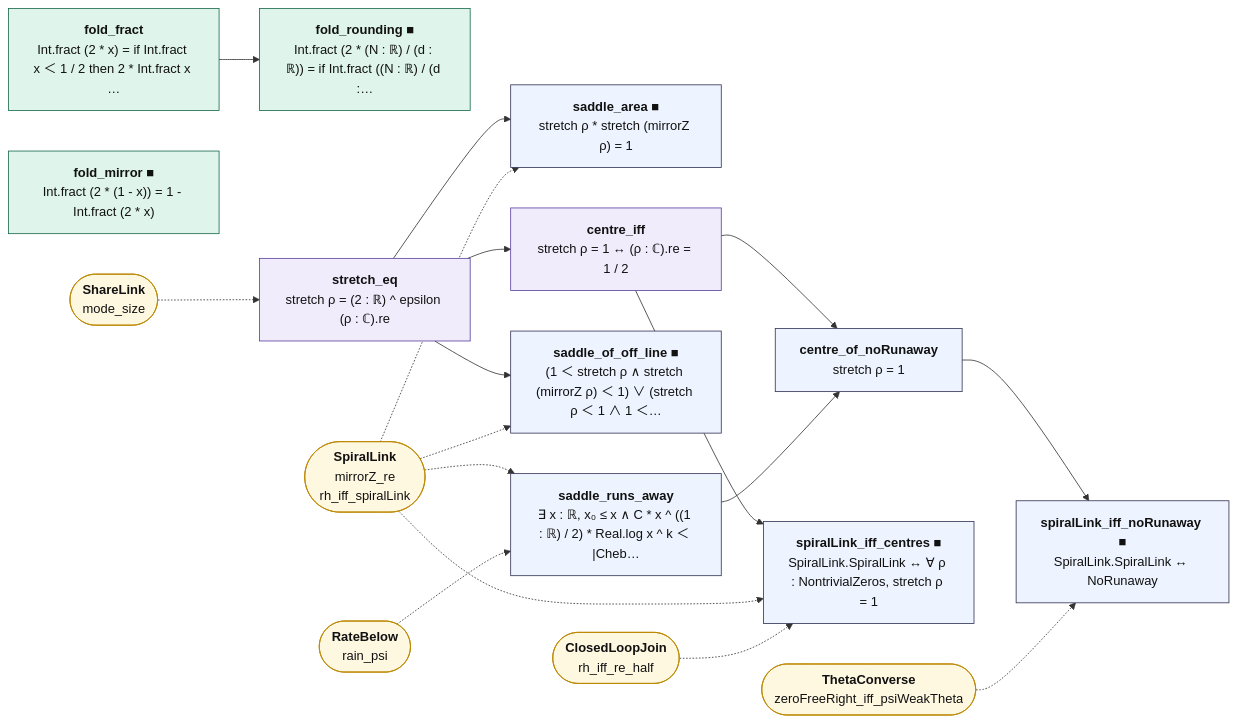
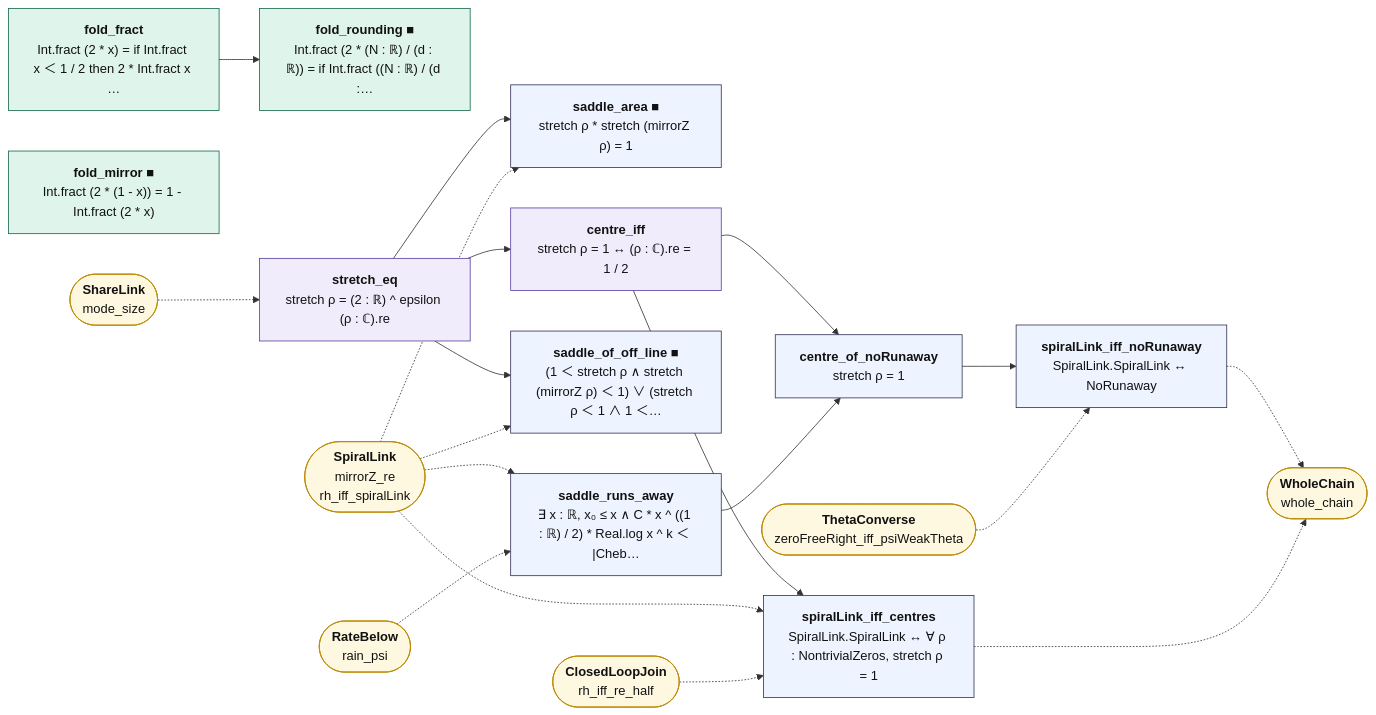
One commit to juliansambranojr/Primebeat_081426 changed the diagram in map/lean_stage3/Saddle.md. Above: the diagram before and after it, drawn with Mermaid. The commit also changed other lines of this file and 57 other files, not shown here.

````diff
--- a/map/lean_stage3/Saddle.md
+++ b/map/lean_stage3/Saddle.md
@@ -14,43 +14,46 @@
 ```mermaid
 flowchart LR
   n0["<b>fold_fract</b><br/>Int.fract (2 * x) = if Int.fract x ＜ 1 / 2 then 2 * Int.fract x …"]:::cnt
   n1["<b>fold_rounding ■</b><br/>Int.fract (2 * (N : ℝ) / (d : ℝ)) = if Int.fract ((N : ℝ) / (d :…"]:::cnt
   n2["<b>fold_mirror ■</b><br/>Int.fract (2 * (1 - x)) = 1 - Int.fract (2 * x)"]:::cnt
   n3["<b>stretch_eq</b><br/>stretch ρ = (2 : ℝ) ^ epsilon (ρ : ℂ).re"]:::shp
   n4["<b>saddle_area ■</b><br/>stretch ρ * stretch (mirrorZ ρ) = 1"]:::thm
   n5["<b>centre_iff</b><br/>stretch ρ = 1 ↔ (ρ : ℂ).re = 1 / 2"]:::shp
   n6["<b>saddle_of_off_line ■</b><br/>(1 ＜ stretch ρ ∧ stretch (mirrorZ ρ) ＜ 1) ∨ (stretch ρ ＜ 1 ∧ 1 ＜…"]:::thm
   n7["<b>saddle_runs_away</b><br/>∃ x : ℝ, x₀ ≤ x ∧ C * x ^ ((1 : ℝ) / 2) * Real.log x ^ k ＜ |Cheb…"]:::thm
   n8["<b>centre_of_noRunaway</b><br/>stretch ρ = 1"]:::thm
-  n9["<b>spiralLink_iff_centres ■</b><br/>SpiralLink.SpiralLink ↔ ∀ ρ : NontrivialZeros, stretch ρ = 1"]:::thm
-  n10["<b>spiralLink_iff_noRunaway ■</b><br/>SpiralLink.SpiralLink ↔ NoRunaway"]:::thm
+  n9["<b>spiralLink_iff_centres</b><br/>SpiralLink.SpiralLink ↔ ∀ ρ : NontrivialZeros, stretch ρ = 1"]:::thm
+  n10["<b>spiralLink_iff_noRunaway</b><br/>SpiralLink.SpiralLink ↔ NoRunaway"]:::thm
   x0(["<b>ShareLink</b><br/>mode_size"]):::ext
   x1(["<b>SpiralLink</b><br/>mirrorZ_re<br/>rh_iff_spiralLink"]):::ext
   x2(["<b>RateBelow</b><br/>rain_psi"]):::ext
   x3(["<b>ClosedLoopJoin</b><br/>rh_iff_re_half"]):::ext
-  x4(["<b>ThetaConverse</b><br/>zeroFreeRight_iff_psiWeakTheta"]):::ext
+  x4(["<b>WholeChain</b><br/>whole_chain"]):::ext
+  x5(["<b>ThetaConverse</b><br/>zeroFreeRight_iff_psiWeakTheta"]):::ext
   n0 --> n1
   n3 --> n4
   n3 --> n5
   n3 --> n6
   n5 --> n8
   n5 --> n9
   n7 --> n8
   n8 --> n10
+  n10 -.-> x4
+  n9 -.-> x4
   x0 -.-> n3
   x1 -.-> n4
   x1 -.-> n6
   x1 -.-> n7
   x1 -.-> n9
   x2 -.-> n7
   x3 -.-> n9
-  x4 -.-> n10
+  x5 -.-> n10
   classDef cnt fill:#dff5ec,stroke:#17694a,color:#111
   classDef shp fill:#f1ecfb,stroke:#5b3fa0,color:#111
   classDef rh fill:#ffe5e5,stroke:#c22,color:#111,stroke-width:2px
   classDef thm fill:#eef4ff,stroke:#335,color:#111
   classDef end_ fill:#e7f7e7,stroke:#2a7,color:#111,stroke-width:2px
   classDef lone fill:#fff,stroke:#999,color:#111,stroke-dasharray:4 3
   classDef bad fill:#ffe5e5,stroke:#c22,color:#111,stroke-width:2px
   classDef ext fill:#fff8e1,stroke:#b80,color:#111
 ```
````
